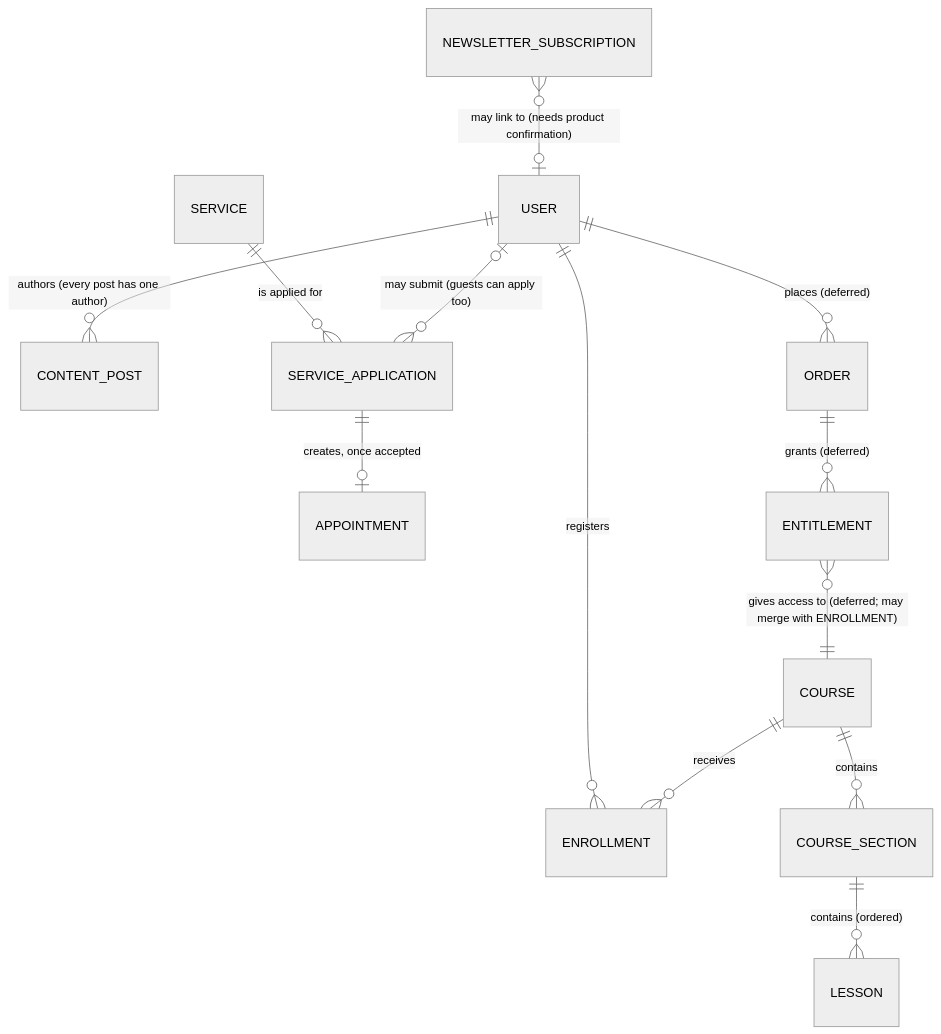
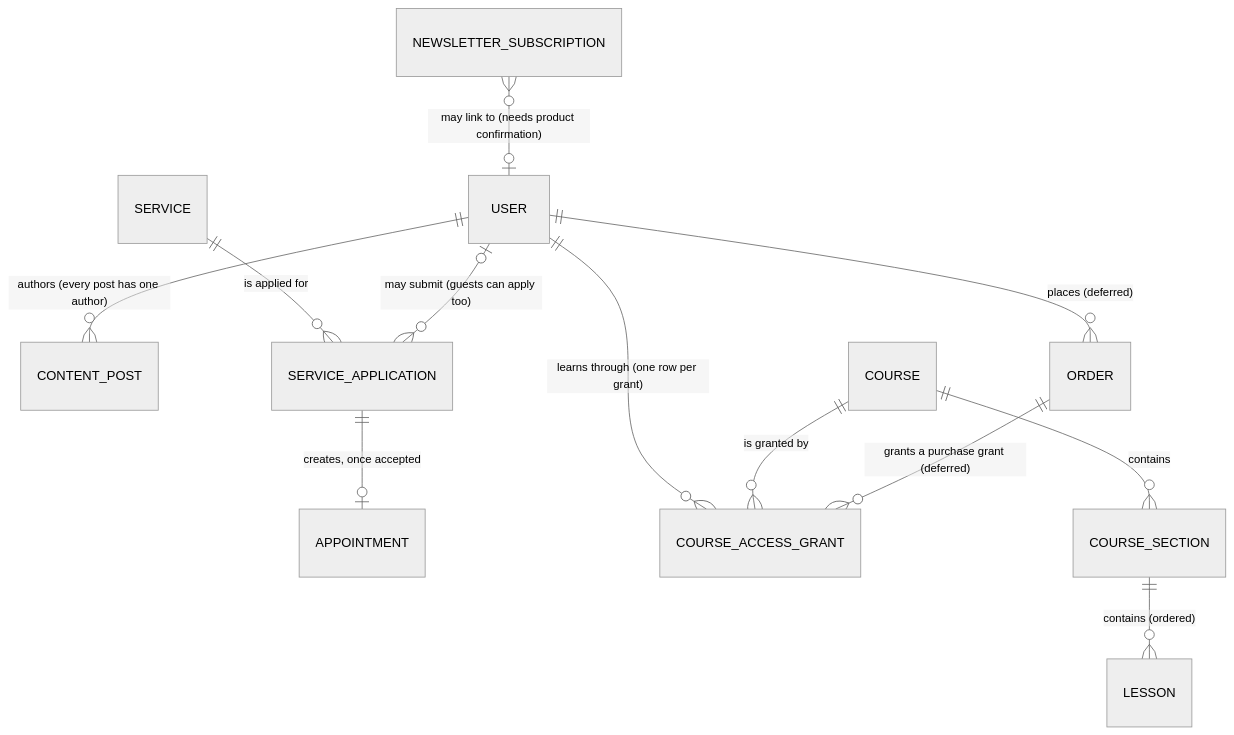
The diagram in docs/data-model.md (kienquocnguyen/xuan-api), drawn with Mermaid (neutral theme) before and after one commit. The commit also changed other lines of this file and 2 other files, not shown here.

Commit message:
docs(database): add the course access grants map

````diff
--- a/docs/data-model.md
+++ b/docs/data-model.md
@@ -32,15 +32,14 @@
 ```mermaid
 erDiagram
     USER ||--o{ CONTENT_POST : "authors (every post has one author)"
     SERVICE ||--o{ SERVICE_APPLICATION : "is applied for"
     USER |o--o{ SERVICE_APPLICATION : "may submit (guests can apply too)"
     SERVICE_APPLICATION ||--o| APPOINTMENT : "creates, once accepted"
-    USER ||--o{ ENROLLMENT : "registers"
-    COURSE ||--o{ ENROLLMENT : "receives"
+    USER ||--o{ COURSE_ACCESS_GRANT : "learns through (one row per grant)"
+    COURSE ||--o{ COURSE_ACCESS_GRANT : "is granted by"
     COURSE ||--o{ COURSE_SECTION : "contains"
     COURSE_SECTION ||--o{ LESSON : "contains (ordered)"
     USER ||--o{ ORDER : "places (deferred)"
-    ORDER ||--o{ ENTITLEMENT : "grants (deferred)"
-    ENTITLEMENT }o--|| COURSE : "gives access to (deferred; may merge with ENROLLMENT)"
+    ORDER ||--o{ COURSE_ACCESS_GRANT : "grants a purchase grant (deferred)"
     NEWSLETTER_SUBSCRIPTION }o--o| USER : "may link to (needs product confirmation)"
 ```
````
